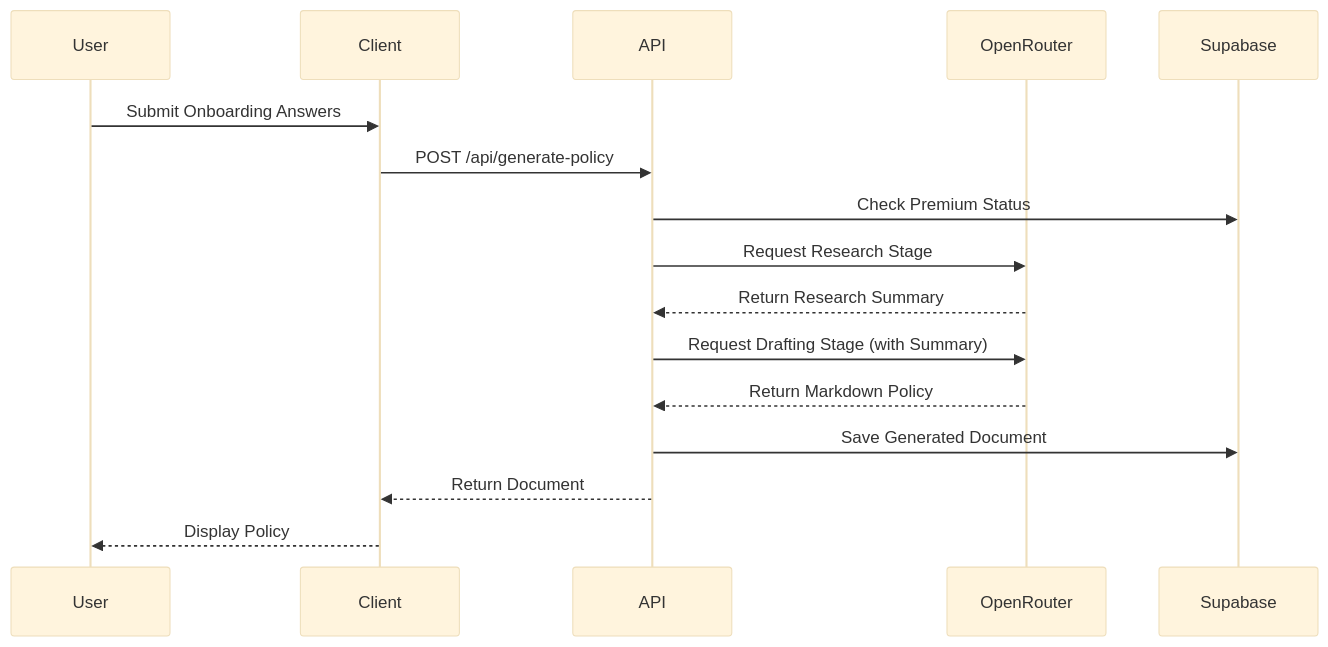
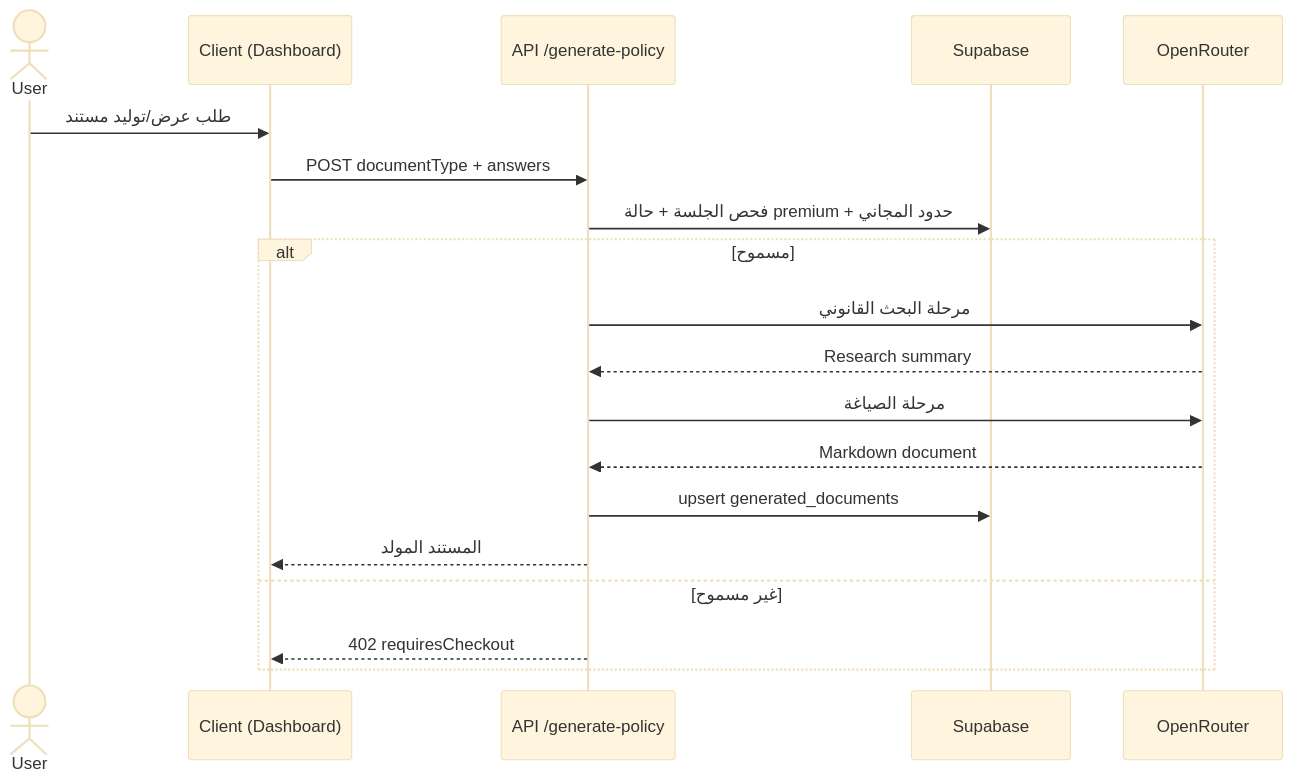
The second of 3 diagrams in تحليل_المشروع.md (policypack9-ctrl/policy-pack-v1), drawn with Mermaid (base theme) before and after one commit. The commit also changed other lines of this file and 8 other files, not shown here.

````diff
--- a/تحليل_المشروع.md
+++ b/تحليل_المشروع.md
@@ -84,19 +241,22 @@
 ```mermaid
 sequenceDiagram
-    participant User
-    participant Client
-    participant API
-    participant OpenRouter
-    participant Supabase
-    
-    User->>Client: Submit Onboarding Answers
-    Client->>API: POST /api/generate-policy
-    API->>Supabase: Check Premium Status
-    API->>OpenRouter: Request Research Stage
-    OpenRouter-->>API: Return Research Summary
-    API->>OpenRouter: Request Drafting Stage (with Summary)
-    OpenRouter-->>API: Return Markdown Policy
-    API->>Supabase: Save Generated Document
-    API-->>Client: Return Document
-    Client-->>User: Display Policy
+  actor U as User
+  participant C as Client (Dashboard)
+  participant A as API /generate-policy
+  participant S as Supabase
+  participant O as OpenRouter
+
+  U->>C: طلب عرض/توليد مستند
+  C->>A: POST documentType + answers
+  A->>S: فحص الجلسة + حالة premium + حدود المجاني
+  alt مسموح
+    A->>O: مرحلة البحث القانوني
+    O-->>A: Research summary
+    A->>O: مرحلة الصياغة
+    O-->>A: Markdown document
+    A->>S: upsert generated_documents
+    A-->>C: المستند المولد
+  else غير مسموح
+    A-->>C: 402 requiresCheckout
+  end
 ```
````
